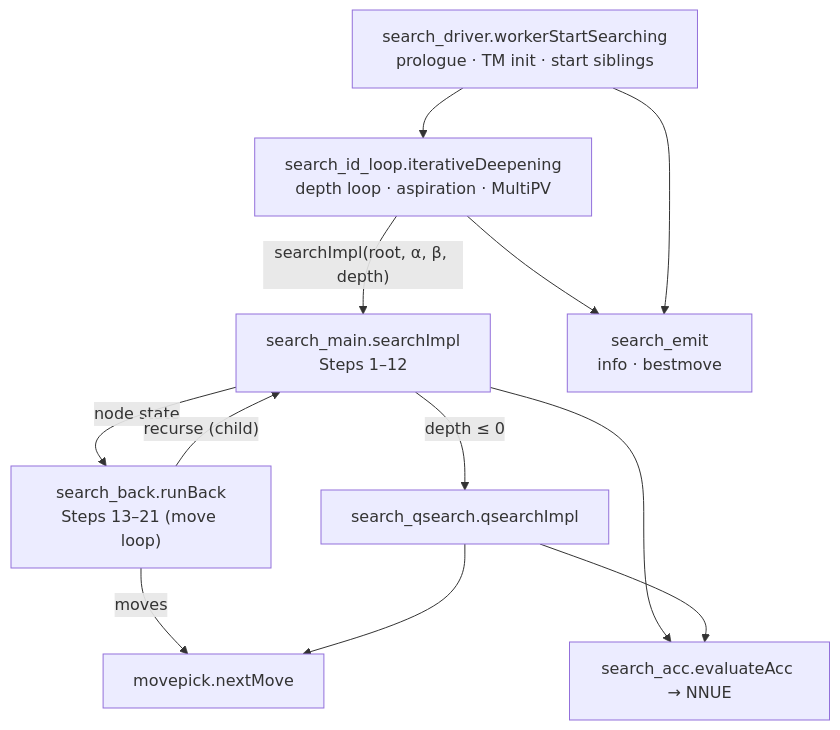
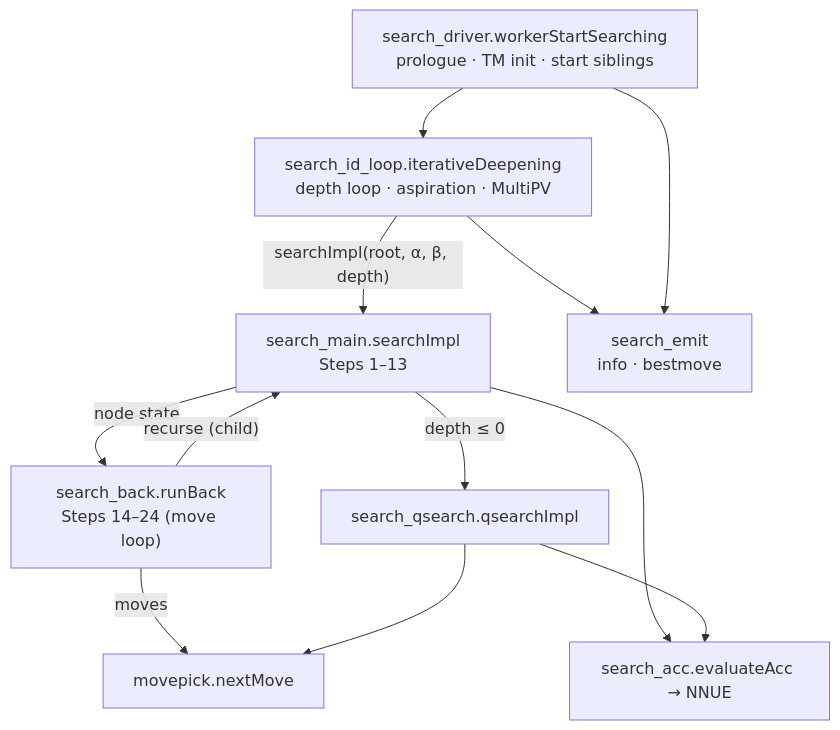
One commit to ppigazzini/zfish changed the first of 2 diagrams in docs/02-engine-search.md. Above: the diagram before and after it, drawn with Mermaid. The commit also changed other lines of this file and 14 other files, not shown here.

````diff
--- a/docs/02-engine-search.md
+++ b/docs/02-engine-search.md
@@ -70,23 +70,23 @@
 ```mermaid
 flowchart TD
     W["search_driver.workerStartSearching<br/>prologue · TM init · start siblings"]
     ID["search_id_loop.iterativeDeepening<br/>depth loop · aspiration · MultiPV"]
-    SI["search_main.searchImpl<br/>Steps 1–12"]
-    RB["search_back.runBack<br/>Steps 13–21 (move loop)"]
+    SI["search_main.searchImpl<br/>Steps 1–13"]
+    RB["search_back.runBack<br/>Steps 14–24 (move loop)"]
     MP["movepick.nextMove"]
     QS["search_qsearch.qsearchImpl"]
     EV["search_acc.evaluateAcc → NNUE"]
     EM["search_emit<br/>info · bestmove"]
 
     W --> ID
     ID -->|"searchImpl(root, α, β, depth)"| SI
     SI -->|"depth ≤ 0"| QS
     SI -->|node state| RB
     RB -->|moves| MP
     RB -->|"recurse (child)"| SI
     QS --> MP
     SI --> EV
     QS --> EV
     ID --> EM
     W --> EM
 ```
````
